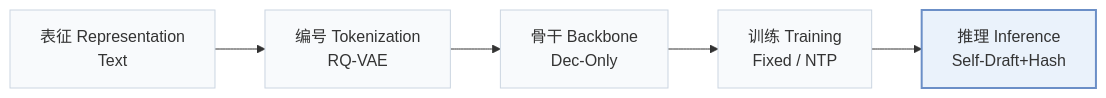
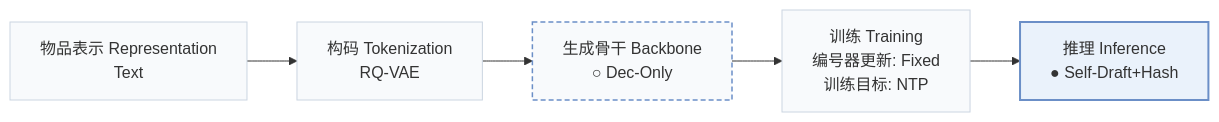
One commit to Galaxy-ghost/Awesome-SID-Generative-Rec changed the first of 2 diagrams in pages/zh/papers/nezha.md. Above: the diagram before and after it, drawn with Mermaid. The commit also changed other lines of this file and 558 other files, not shown here.

````diff
--- a/pages/zh/papers/nezha.md
+++ b/pages/zh/papers/nezha.md
@@ -15,8 +18,10 @@
 ```mermaid
 flowchart LR
-    R["表征 Representation<br/>Text"] --> T["编号 Tokenization<br/>RQ-VAE"] --> B["骨干 Backbone<br/>Dec-Only"] --> TR["训练 Training<br/>Fixed / NTP"] --> I["推理 Inference<br/>Self-Draft+Hash"]
+    R["物品表示 Representation<br/>Text"] --> T["构码 Tokenization<br/>RQ-VAE"] --> B["生成骨干 Backbone<br/>○ Dec-Only"] --> TR["训练 Training<br/>编号器更新: Fixed<br/>训练目标: NTP"] --> I["推理 Inference<br/>● Self-Draft+Hash"]
     classDef base fill:#f8fafc,stroke:#cbd5e1
     class R,T,B,TR,I base
+    classDef other fill:#f8fafc,stroke:#6b8fc7,stroke-width:1.5px,stroke-dasharray:5 3
+    class B other
     classDef main fill:#eaf2fb,stroke:#6b8fc7,stroke-width:2px
     class I main
 ```
````
